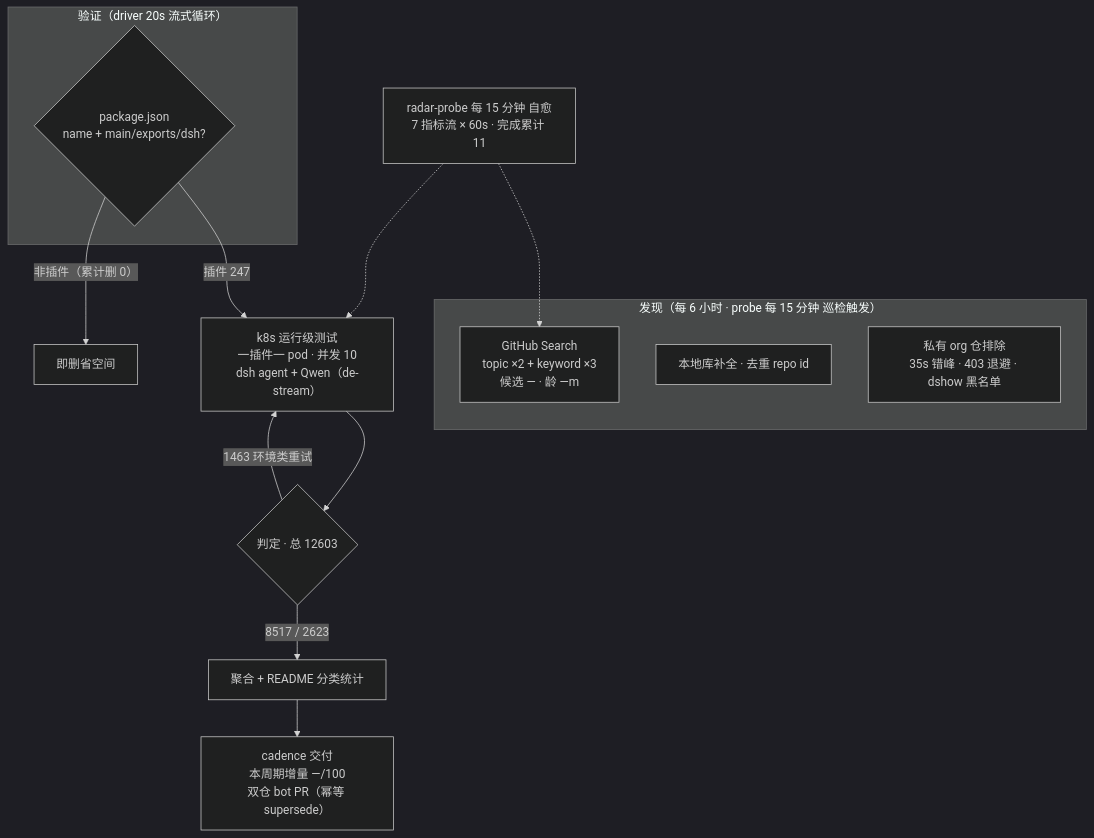
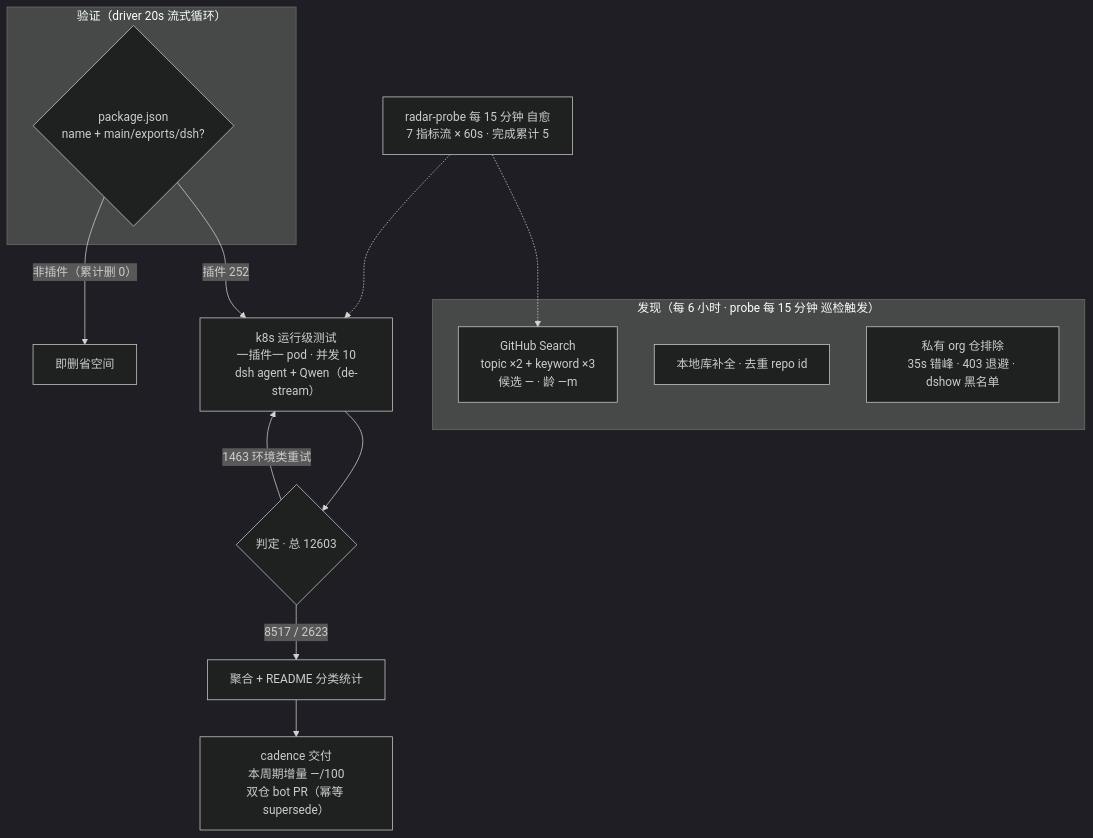
Before and after one commit to AdamPlatin123/awesome-dsh-plugins: the diagram in README.md, drawn with Mermaid (dark theme). The commit also changed other lines of this file and 5 other files, not shown here.

````diff
--- a/README.md
+++ b/README.md
@@ -52,20 +52,20 @@
 ```mermaid
 flowchart TB
     subgraph Discovery["发现（每 6 小时 · probe 每 15 分钟 巡检触发）"]
         A1["GitHub Search<br/>topic ×2 + keyword ×3<br/>候选 — · 龄 —m"]
         A2["本地库补全 · 去重 repo id"]
         A3["私有 org 仓排除<br/>35s 错峰 · 403 退避 · dshow 黑名单"]
     end
     subgraph Validation["验证（driver 20s 流式循环）"]
         B1{"package.json<br/>name + main/exports/dsh?"}
     end
-    B1 -->|"插件 247"| C1["k8s 运行级测试<br/>一插件一 pod · 并发 10<br/>dsh agent + Qwen（de-stream）"]
+    B1 -->|"插件 252"| C1["k8s 运行级测试<br/>一插件一 pod · 并发 10<br/>dsh agent + Qwen（de-stream）"]
     B1 -->|"非插件（累计删 0）"| B3["即删省空间"]
     C1 --> D1{"判定 · 总 12603"}
     D1 -->|"8517 / 2623"| E1["聚合 + README 分类统计"]
     D1 -->|"1463 环境类重试"| C1
     E1 --> E2["cadence 交付<br/>本周期增量 —/100<br/>双仓 bot PR（幂等 supersede）"]
-    M["radar-probe 每 15 分钟 自愈<br/>7 指标流 × 60s · 完成累计 11"]
+    M["radar-probe 每 15 分钟 自愈<br/>7 指标流 × 60s · 完成累计 5"]
     M -.-> A1
     M -.-> C1
 ```
````
